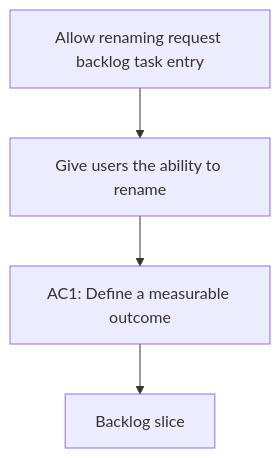
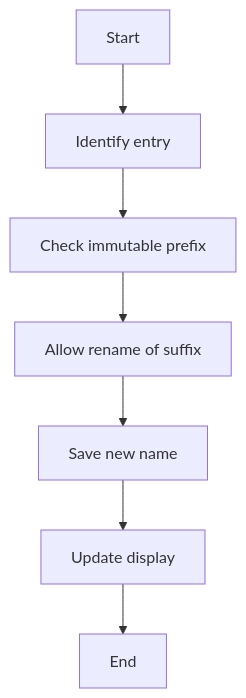
Before and after one commit to AlexAgo83/logics-manager: the diagram in logics/request/req_005_rename_entry_name_suffix.md, drawn with Mermaid. The commit also changed other lines of this file and 54 other files, not shown here.

````diff
--- a/logics/request/req_005_rename_entry_name_suffix.md
+++ b/logics/request/req_005_rename_entry_name_suffix.md
@@ -7,8 +7,11 @@
 ```mermaid
 %% logics-kind: request
 %% logics-signature: request|allow-renaming-request-backlog-task-entr|give-users-the-ability-to-rename|ac1-define-a-measurable-outcome
 flowchart TD
-    Trigger[Allow renaming request backlog task entry] --> Need[Give users the ability to rename]
-    Need --> Outcome[AC1: Define a measurable outcome]
-    Outcome --> Backlog[Backlog slice]
+    A[Start] --> B[Identify entry]
+    B --> C[Check immutable prefix]
+    C --> D[Allow rename of suffix]
+    D --> E[Save new name]
+    E --> F[Update display]
+    F --> G[End]
 ```
````
